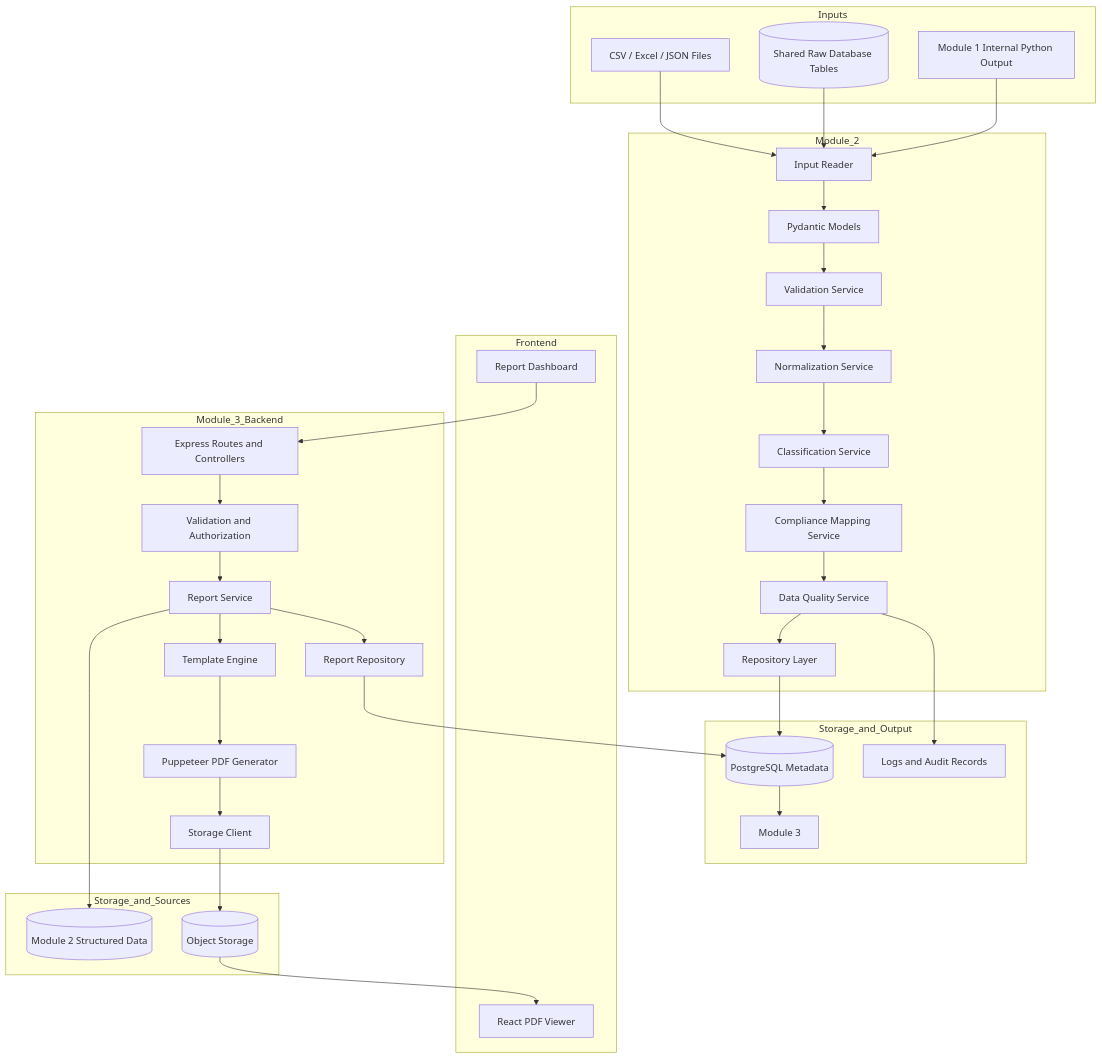
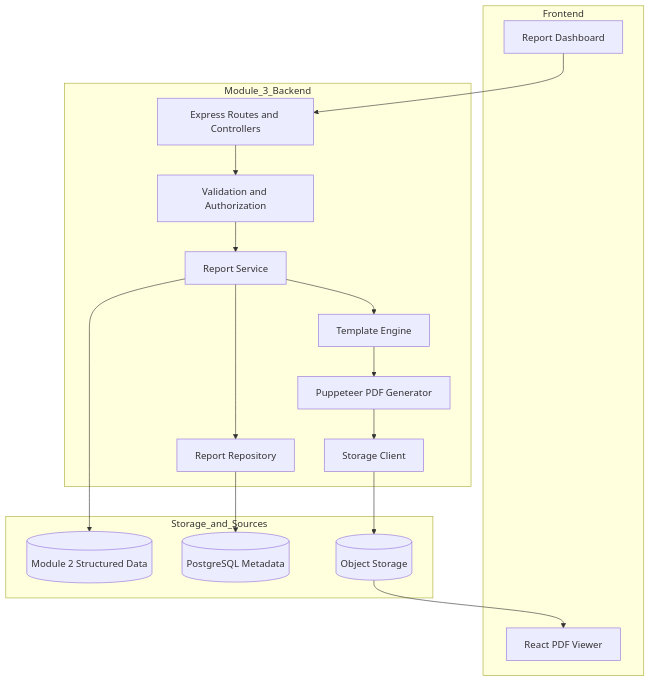
Before and after one commit to Aseries-Group/MACE: diagram 20 of 21 in README.md, drawn with Mermaid. The commit also changed other lines of this file, not shown here.

````diff
--- a/README.md
+++ b/README.md
@@ -2074,74 +2920,35 @@
 ```mermaid
 flowchart TB
-
-    subgraph Inputs
-        F[CSV / Excel / JSON Files]
-        D[(Shared Raw Database Tables)]
-        M1[Module 1 Internal Python Output]
-    end
-
-    subgraph Module_2
-        IR[Input Reader]
-        VM[Pydantic Models]
-        VS[Validation Service]
-        NS[Normalization Service]
-        CS[Classification Service]
-        MS[Compliance Mapping Service]
-        QS[Data Quality Service]
-        RP[Repository Layer]
-    end
-
-    subgraph Storage_and_Output
-        DB[(PostgreSQL)]
-        M3[Module 3]
-        LG[Logs and Audit Records]
-    end
-
-    F --> IR
-    D --> IR
-    M1 --> IR
-    IR --> VM
-    VM --> VS
-    VS --> NS
-    NS --> CS
-    CS --> MS
-    MS --> QS
-    QS --> RP
-    RP --> DB
-    DB --> M3
-    QS --> LG
-
     subgraph Frontend
         DASH[Report Dashboard]
         VIEW[React PDF Viewer]
     end
 
     subgraph Module_3_Backend
         API[Express Routes and Controllers]
         VAL[Validation and Authorization]
         SVC[Report Service]
         TMP[Template Engine]
         PDF[Puppeteer PDF Generator]
         REPO[Report Repository]
         STG[Storage Client]
     end
 
     subgraph Storage_and_Sources
         M2[(Module 2 Structured Data)]
         DB[(PostgreSQL Metadata)]
         OBJ[(Object Storage)]
     end
 
     DASH --> API
     API --> VAL
     VAL --> SVC
     SVC --> M2
     SVC --> TMP
     TMP --> PDF
     PDF --> STG
     STG --> OBJ
     SVC --> REPO
     REPO --> DB
     OBJ --> VIEW
-
 ```
````
